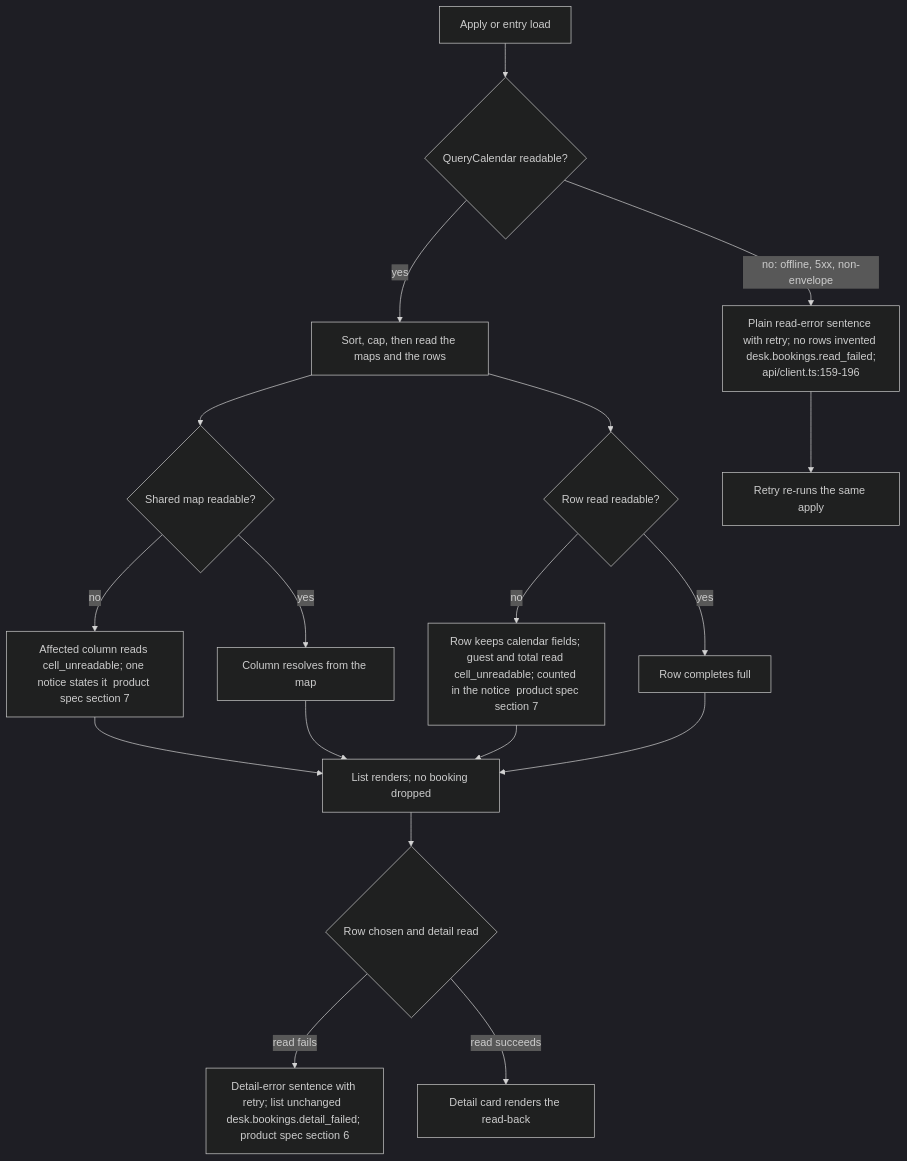
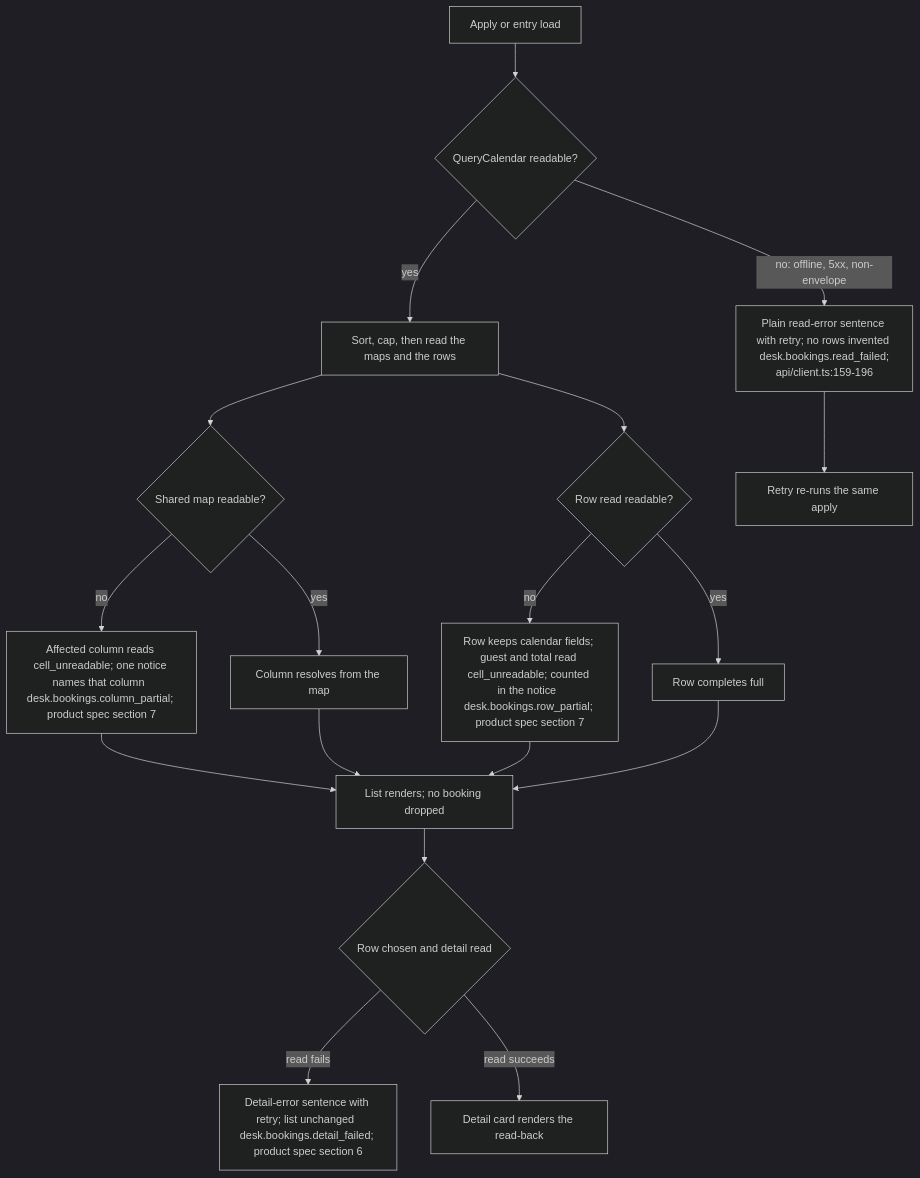
Diagram 42 of 42 in docs/architecture/lld.md (MingChen1501/hotel-mgmt), drawn with Mermaid (dark theme) before and after one commit. The commit also changed other lines of this file, not shown here.

Commit message:
docs(architecture): Close the #648 partial-column copy gap in the LLD (R18)

````diff
--- a/docs/architecture/lld.md
+++ b/docs/architecture/lld.md
@@ -4305,20 +4305,20 @@
 ```mermaid
 flowchart TD
     A[Apply or entry load] --> B{QueryCalendar readable?}
     B -->|no: offline, 5xx, non-envelope| Z1[Plain read-error sentence with retry; no rows invented  desk.bookings.read_failed; api/client.ts:159-196]
     B -->|yes| C[Sort, cap, then read the maps and the rows]
     C --> D{Shared map readable?}
-    D -->|no| E1[Affected column reads cell_unreadable; one notice states it  product spec section 7]
+    D -->|no| E1[Affected column reads cell_unreadable; one notice names that column  desk.bookings.column_partial; product spec section 7]
     D -->|yes| E2[Column resolves from the map]
     C --> F{Row read readable?}
-    F -->|no| G1[Row keeps calendar fields; guest and total read cell_unreadable; counted in the notice  product spec section 7]
+    F -->|no| G1[Row keeps calendar fields; guest and total read cell_unreadable; counted in the notice  desk.bookings.row_partial; product spec section 7]
     F -->|yes| G2[Row completes full]
     E1 --> H[List renders; no booking dropped]
     E2 --> H
     G1 --> H
     G2 --> H
     H --> I{Row chosen and detail read}
     I -->|read fails| J1[Detail-error sentence with retry; list unchanged  desk.bookings.detail_failed; product spec section 6]
     I -->|read succeeds| J2[Detail card renders the read-back]
     Z1 --> K[Retry re-runs the same apply]
 ```
````
